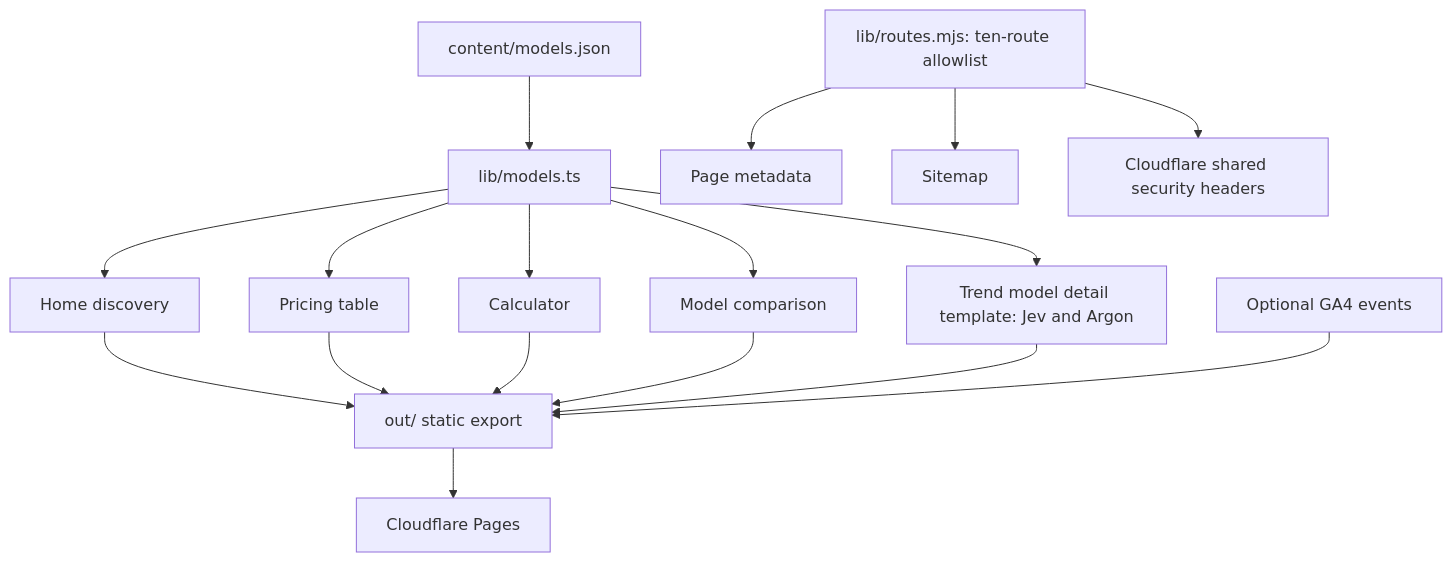
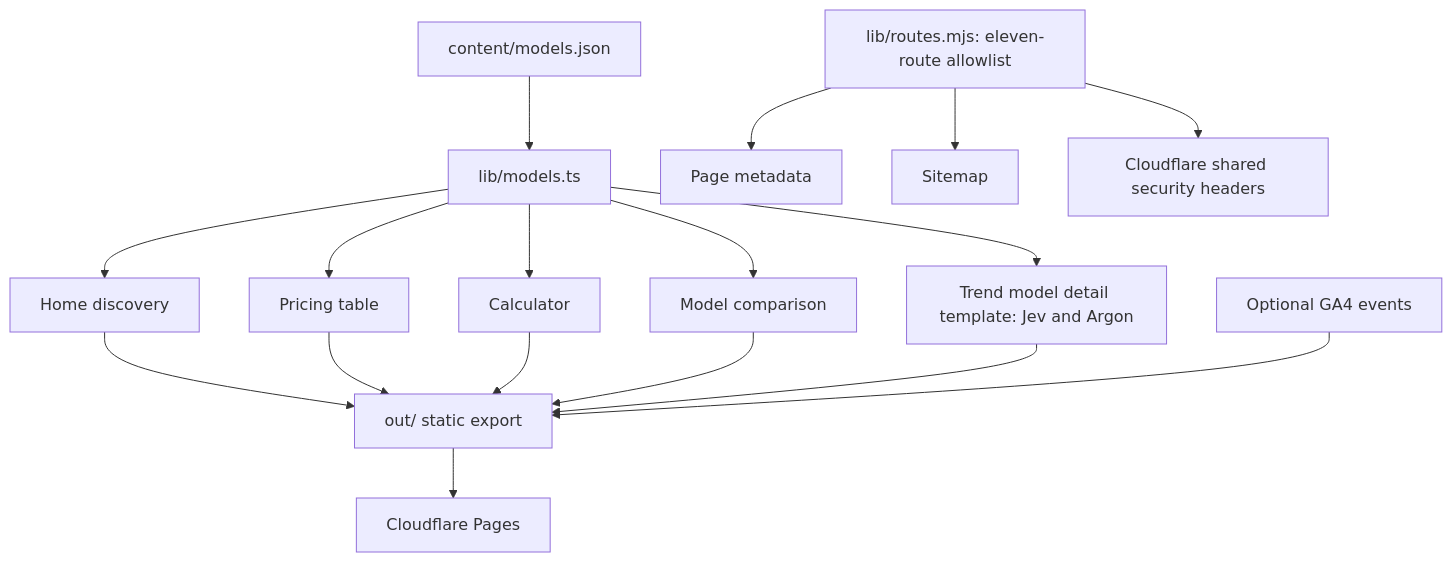
Before and after one commit to yubinhong/toolpilot: the diagram in ARCHITECTURE.md, drawn with Mermaid. The commit also changed other lines of this file and 21 other files, not shown here.

````diff
--- a/ARCHITECTURE.md
+++ b/ARCHITECTURE.md
@@ -7,19 +7,19 @@
 ```mermaid
 flowchart TD
     M[content/models.json] --> L[lib/models.ts]
     L --> H[Home discovery]
     L --> P[Pricing table]
     L --> C[Calculator]
     L --> X[Model comparison]
     L --> J[Trend model detail template: Jev and Argon]
-    R[lib/routes.mjs: ten-route allowlist] --> MD[Page metadata]
+    R[lib/routes.mjs: eleven-route allowlist] --> MD[Page metadata]
     R --> SM[Sitemap]
     R --> AH[Cloudflare shared security headers]
     H --> O[out/ static export]
     P --> O
     C --> O
     X --> O
     J --> O
     O --> CF[Cloudflare Pages]
     GA[Optional GA4 events] --> O
 ```
````
